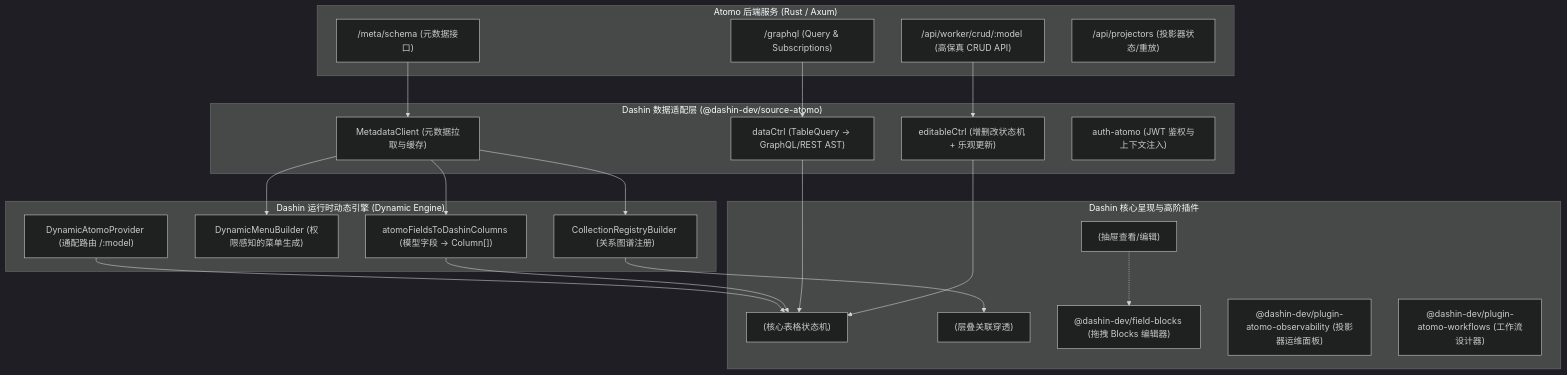
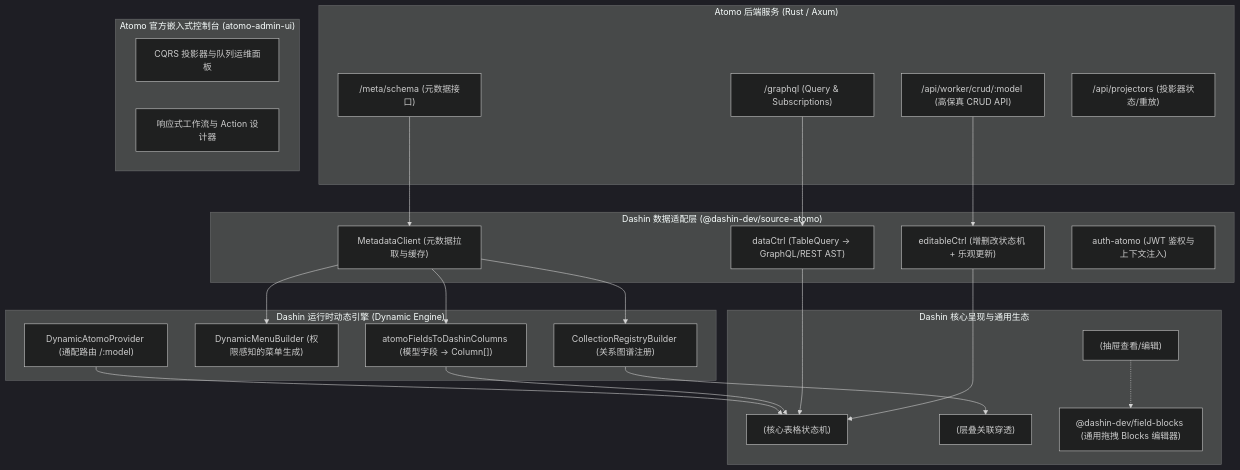
Before and after one commit to dashindev/dashin: the diagram in docs/atomo-integration/IMPLEMENTATION_PLAN.md, drawn with Mermaid (dark theme). The commit also changed other lines of this file and 6 other files, not shown here.

````diff
--- a/docs/atomo-integration/IMPLEMENTATION_PLAN.md
+++ b/docs/atomo-integration/IMPLEMENTATION_PLAN.md
@@ -25,47 +25,50 @@
 ```mermaid
 graph TD
     subgraph "Atomo 后端服务 (Rust / Axum)"
         Meta["/meta/schema (元数据接口)"]
         GraphQL["/graphql (Query & Subscriptions)"]
         WorkerCRUD["/api/worker/crud/:model (高保真 CRUD API)"]
         ProjectorAPI["/api/projectors (投影器状态/重放)"]
     end
 
     subgraph "Dashin 数据适配层 (@dashin-dev/source-atomo)"
         MetaClient["MetadataClient (元数据拉取与缓存)"]
         DataCtrl["dataCtrl (TableQuery -> GraphQL/REST AST)"]
         EditCtrl["editableCtrl (增删改状态机 + 乐观更新)"]
         AuthPlugin["auth-atomo (JWT 鉴权与上下文注入)"]
     end
 
     subgraph "Dashin 运行时动态引擎 (Dynamic Engine)"
         DynRouter["DynamicAtomoProvider (通配路由 /:model)"]
         DynMenu["DynamicMenuBuilder (权限感知的菜单生成)"]
         ColMapper["atomoFieldsToDashinColumns (模型字段 -> Column[])"]
         RelRegistry["CollectionRegistryBuilder (关系图谱注册)"]
     end
 
-    subgraph "Dashin 核心呈现与高阶插件"
+    subgraph "Dashin 核心呈现与通用生态"
         CrudTable["<CrudTable /> (核心表格状态机)"]
         DetailDrawer["<DetailDrawer /> (抽屉查看/编辑)"]
         RelatedPreview["<RelatedPreview /> (层叠关联穿透)"]
-        BlocksPlugin["@dashin-dev/field-blocks (拖拽 Blocks 编辑器)"]
-        ObsPlugin["@dashin-dev/plugin-atomo-observability (投影器运维面板)"]
-        WfPlugin["@dashin-dev/plugin-atomo-workflows (工作流设计器)"]
+        BlocksPlugin["@dashin-dev/field-blocks (通用拖拽 Blocks 编辑器)"]
+    end
+
+    subgraph "Atomo 官方嵌入式控制台 (atomo-admin-ui)"
+        ObsView["CQRS 投影器与队列运维面板"]
+        WfView["响应式工作流与 Action 设计器"]
     end
 
     Meta --> MetaClient
     GraphQL --> DataCtrl
     WorkerCRUD --> EditCtrl
     
     MetaClient --> DynMenu
     MetaClient --> ColMapper
     MetaClient --> RelRegistry
 
     DynRouter --> CrudTable
     ColMapper --> CrudTable
     DataCtrl --> CrudTable
     EditCtrl --> CrudTable
     RelRegistry --> RelatedPreview
     DetailDrawer -.-> BlocksPlugin
 ```
````
